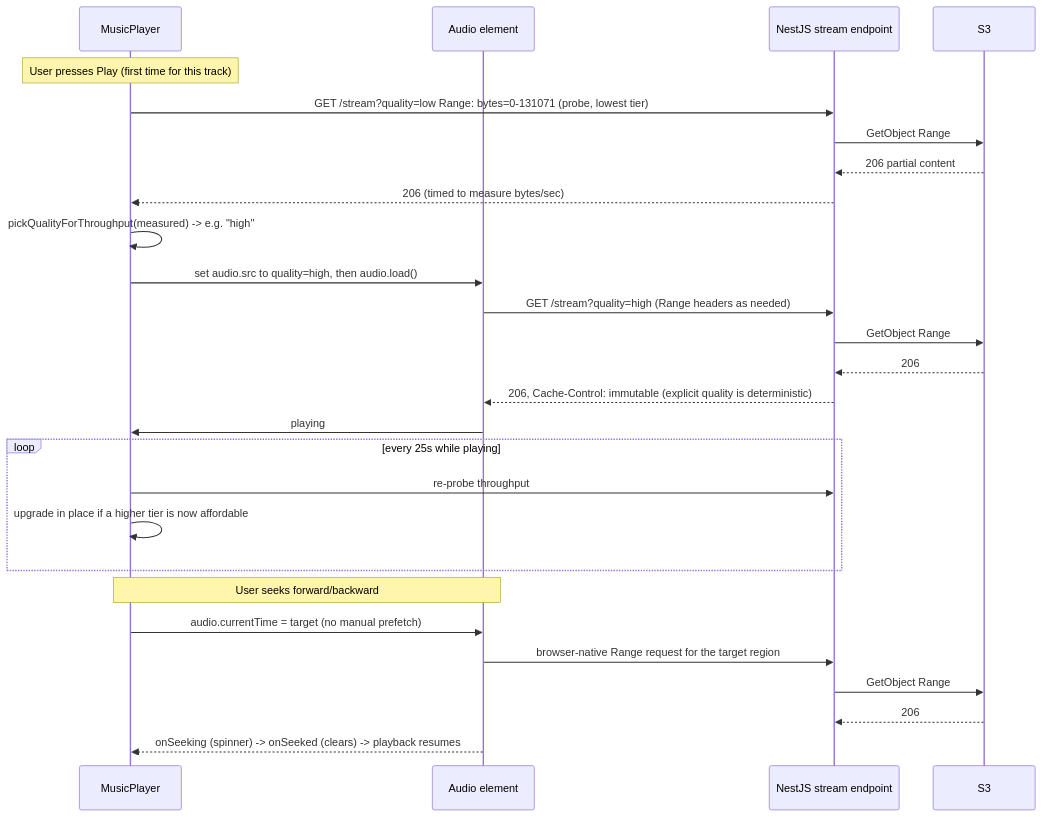
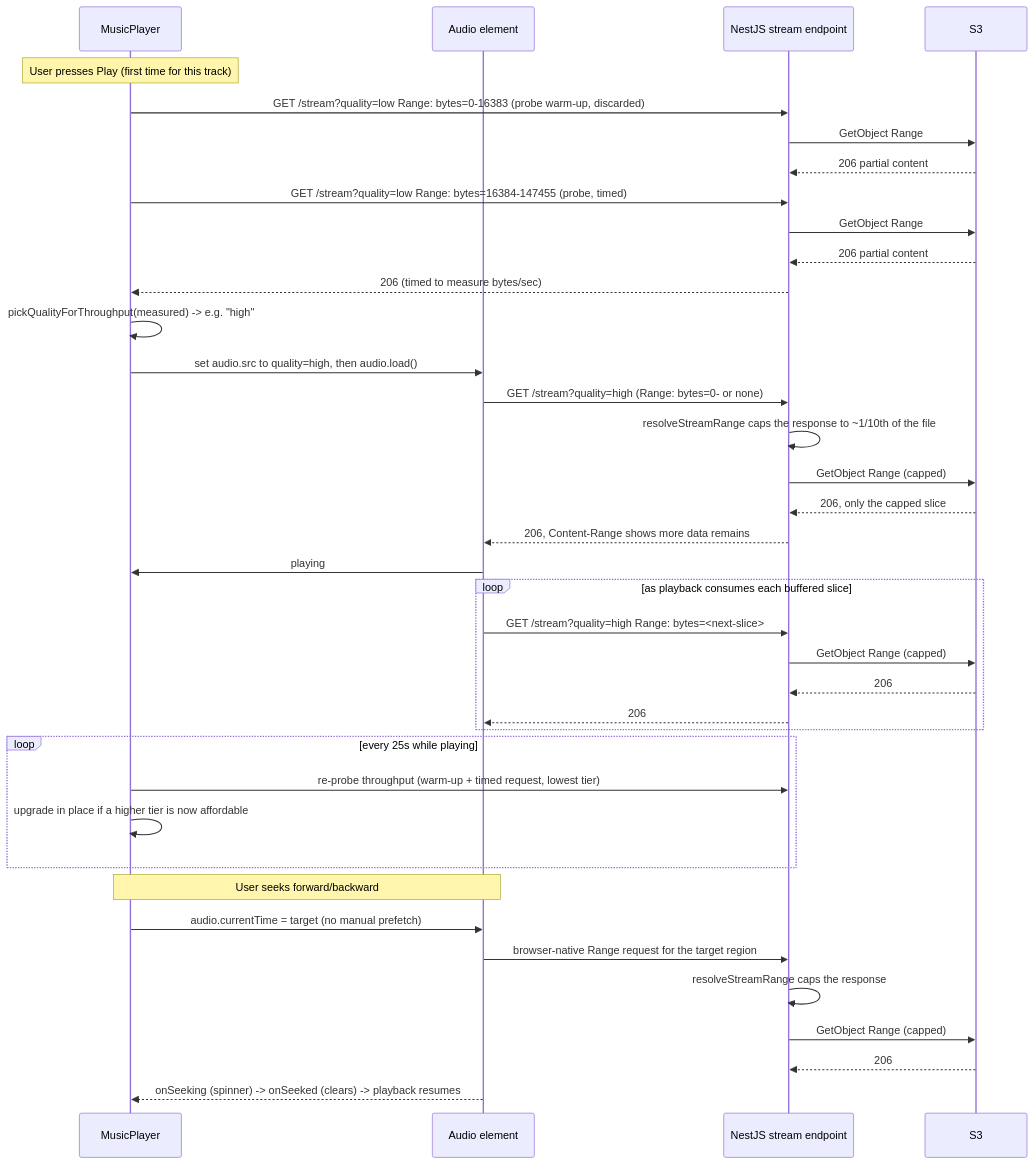
The fifth of 5 diagrams in docs/v1/ARCHITECTURE.md (Lakshya-Saini/Music-Streaming-App), drawn with Mermaid before and after one commit. The commit also changed other lines of this file and 9 other files, not shown here.

Commit message:
feat: Implement server-side capped byte-range chunking and add OfflineGuard for improved offline handling

````diff
--- a/docs/v1/ARCHITECTURE.md
+++ b/docs/v1/ARCHITECTURE.md
@@ -214,30 +214,41 @@
 ```mermaid
 sequenceDiagram
     participant P as MusicPlayer
     participant AUD as Audio element
     participant API as NestJS stream endpoint
     participant S as S3
 
     Note over P: User presses Play (first time for this track)
-    P->>API: GET /stream?quality=low Range: bytes=0-131071 (probe, lowest tier)
+    P->>API: GET /stream?quality=low Range: bytes=0-16383 (probe warm-up, discarded)
+    API->>S: GetObject Range
+    S-->>API: 206 partial content
+    P->>API: GET /stream?quality=low Range: bytes=16384-147455 (probe, timed)
     API->>S: GetObject Range
     S-->>API: 206 partial content
     API-->>P: 206 (timed to measure bytes/sec)
     P->>P: pickQualityForThroughput(measured) -> e.g. "high"
     P->>AUD: set audio.src to quality=high, then audio.load()
-    AUD->>API: GET /stream?quality=high (Range headers as needed)
-    API->>S: GetObject Range
-    S-->>API: 206
-    API-->>AUD: 206, Cache-Control: immutable (explicit quality is deterministic)
+    AUD->>API: GET /stream?quality=high (Range: bytes=0- or none)
+    API->>API: resolveStreamRange caps the response to ~1/10th of the file
+    API->>S: GetObject Range (capped)
+    S-->>API: 206, only the capped slice
+    API-->>AUD: 206, Content-Range shows more data remains
     AUD->>P: playing
+    loop as playback consumes each buffered slice
+        AUD->>API: GET /stream?quality=high Range: bytes=<next-slice>
+        API->>S: GetObject Range (capped)
+        S-->>API: 206
+        API-->>AUD: 206
+    end
     loop every 25s while playing
-        P->>API: re-probe throughput
+        P->>API: re-probe throughput (warm-up + timed request, lowest tier)
         P->>P: upgrade in place if a higher tier is now affordable
     end
     Note over P,AUD: User seeks forward/backward
     P->>AUD: audio.currentTime = target (no manual prefetch)
     AUD->>API: browser-native Range request for the target region
-    API->>S: GetObject Range
+    API->>API: resolveStreamRange caps the response
+    API->>S: GetObject Range (capped)
     S-->>API: 206
     AUD-->>P: onSeeking (spinner) -> onSeeked (clears) -> playback resumes
 ```
````
